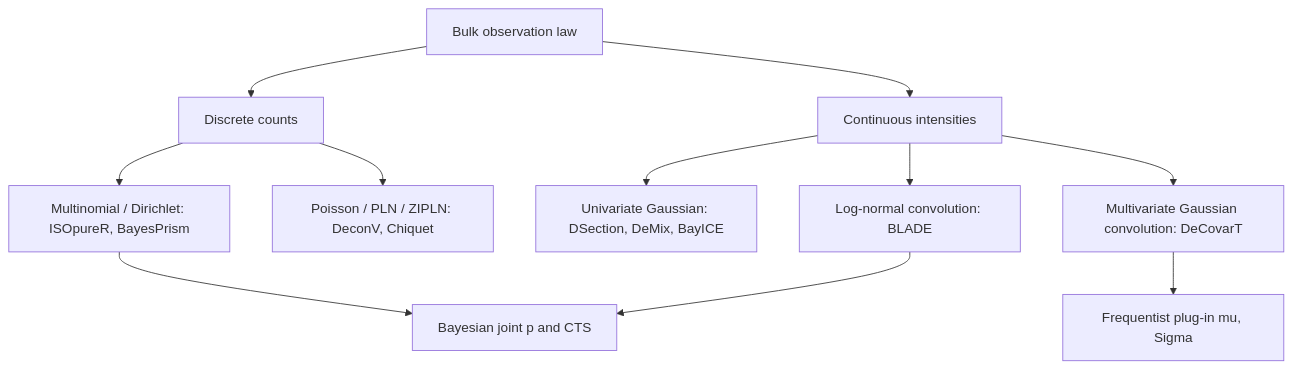
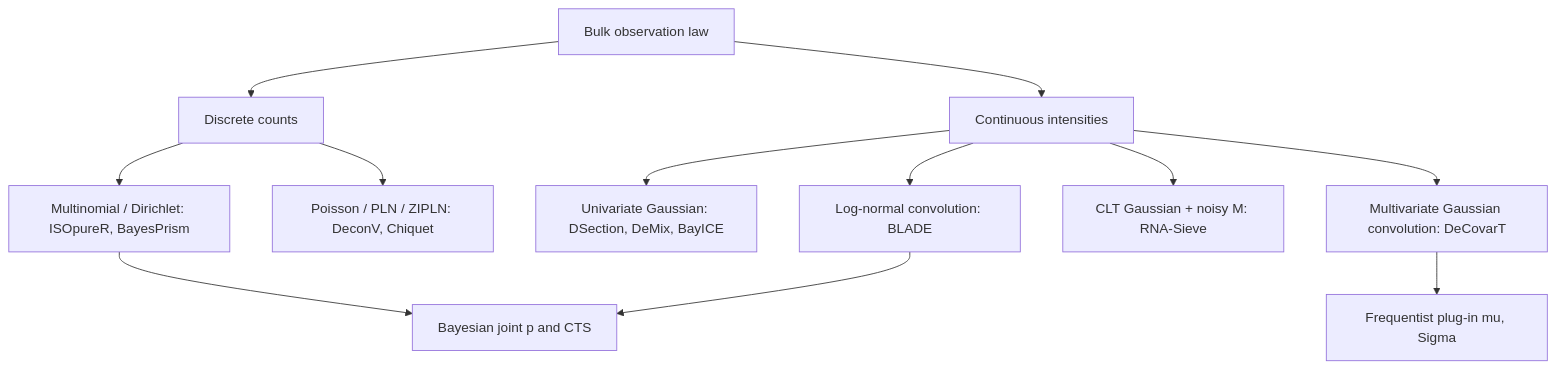
One commit to bastienchassagnol/DeCovarT changed the second of 2 diagrams in vignettes/decovart-perspectives.qmd. Above: the diagram before and after it, drawn with Mermaid. The commit also changed other lines of this file and 43 other files, not shown here.

````diff
--- a/vignettes/decovart-perspectives.qmd
+++ b/vignettes/decovart-perspectives.qmd
@@ -295,16 +295,17 @@
 ```{mermaid}
 %%| label: fig-observation-taxonomy
 %%| fig-cap: "Taxonomy of observation models for bulk deconvolution, relative to DeCovarT's multivariate Gaussian convolution."
 %%{init: {"theme": "sandstone"}}%%
 flowchart TD
   A["Bulk observation law"] --> B["Discrete counts"]
   A --> C["Continuous intensities"]
   B --> D["Multinomial / Dirichlet: ISOpureR, BayesPrism"]
   B --> E["Poisson / PLN / ZIPLN: DeconV, Chiquet"]
   C --> F["Univariate Gaussian: DSection, DeMix, BayICE"]
   C --> G["Multivariate Gaussian convolution: DeCovarT"]
+  C --> RS["CLT Gaussian + noisy M: RNA-Sieve"]
   C --> H["Log-normal convolution: BLADE"]
   D --> I["Bayesian joint p and CTS"]
   G --> J["Frequentist plug-in mu, Sigma"]
   H --> I
 ```
````
